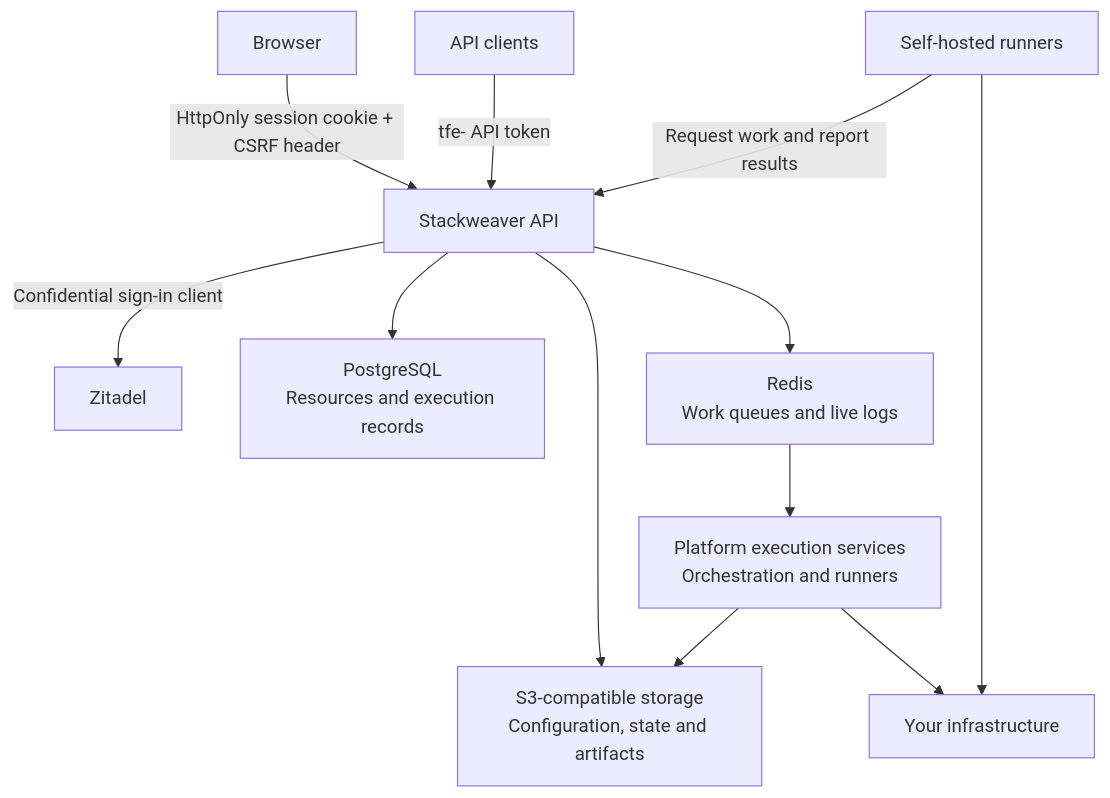
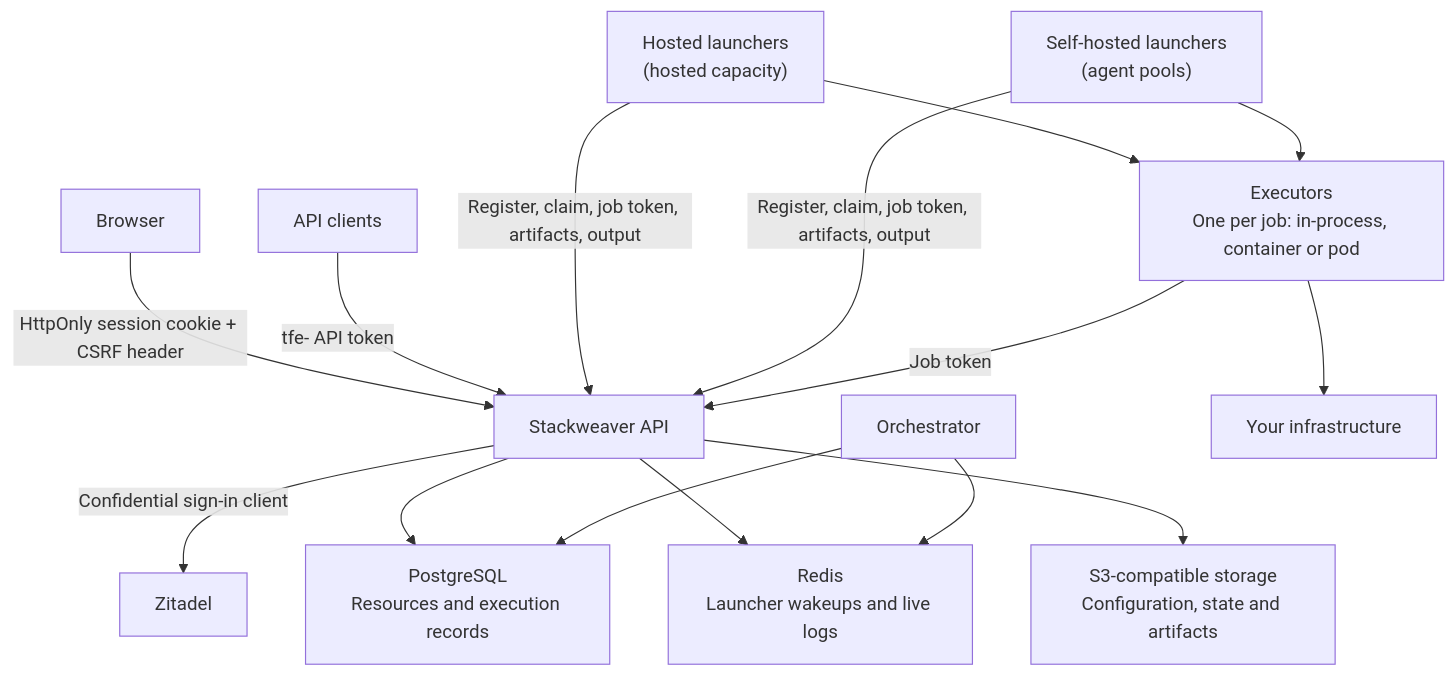
One commit to vhco-pro/stackweaver-frontend changed the first of 2 diagrams in docs/architecture/README.md. Above: the diagram before and after it, drawn with Mermaid. The commit also changed other lines of this file and 118 other files, not shown here.

Commit message:
Merge pull request #1002: launchers, drivers and executors for every run, job and sync (#304)

````diff
--- a/docs/architecture/README.md
+++ b/docs/architecture/README.md
@@ -29,14 +31,17 @@
 ```mermaid
 flowchart TB
     Client["Browser"] -->|"HttpOnly session cookie + CSRF header"| API["Stackweaver API"]
     Automation["API clients"] -->|"tfe- API token"| API
     API -->|"Confidential sign-in client"| Identity["Zitadel"]
     API --> Database["PostgreSQL<br/>Resources and execution records"]
-    API --> Queue["Redis<br/>Work queues and live logs"]
+    API --> Redis["Redis<br/>Launcher wakeups and live logs"]
     API --> Storage["S3-compatible storage<br/>Configuration, state and artifacts"]
-    Queue --> Execution["Platform execution services<br/>Orchestration and runners"]
-    Execution --> Storage
-    Execution --> Targets["Your infrastructure"]
-    Agent["Self-hosted runners"] -->|"Request work and report results"| API
-    Agent --> Targets
+    Orchestrator["Orchestrator"] --> Database
+    Orchestrator --> Redis
+    Hosted["Hosted launchers<br/>(hosted capacity)"] -->|"Register, claim, job token, artifacts, output"| API
+    Agent["Self-hosted launchers<br/>(agent pools)"] -->|"Register, claim, job token, artifacts, output"| API
+    Hosted --> Executor["Executors<br/>One per job: in-process, container or pod"]
+    Agent --> Executor
+    Executor -->|"Job token"| API
+    Executor --> Targets["Your infrastructure"]
 ```
````
